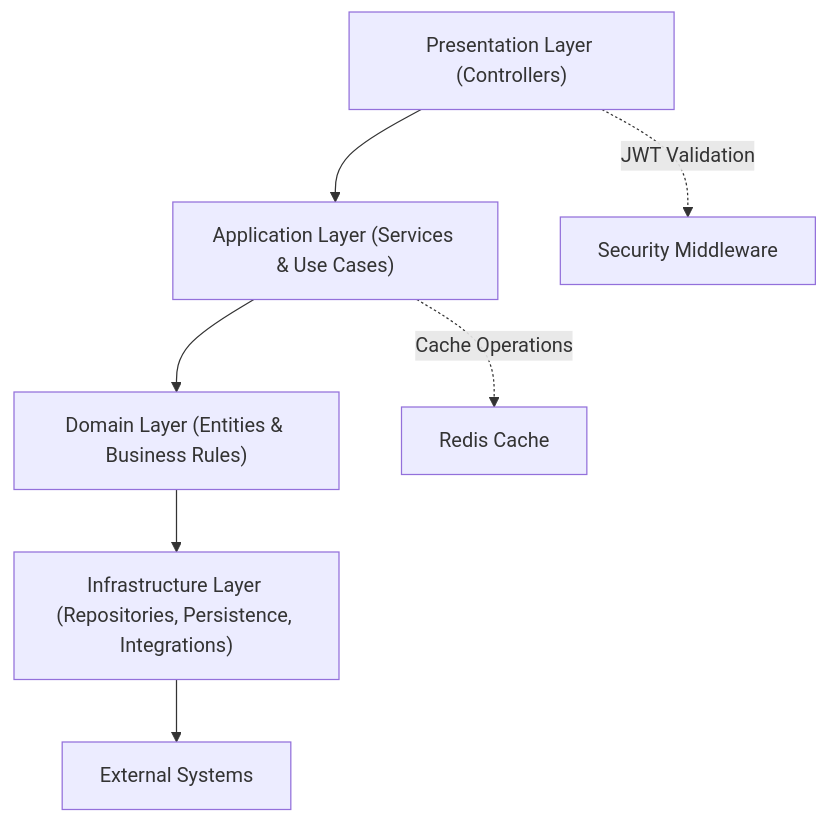
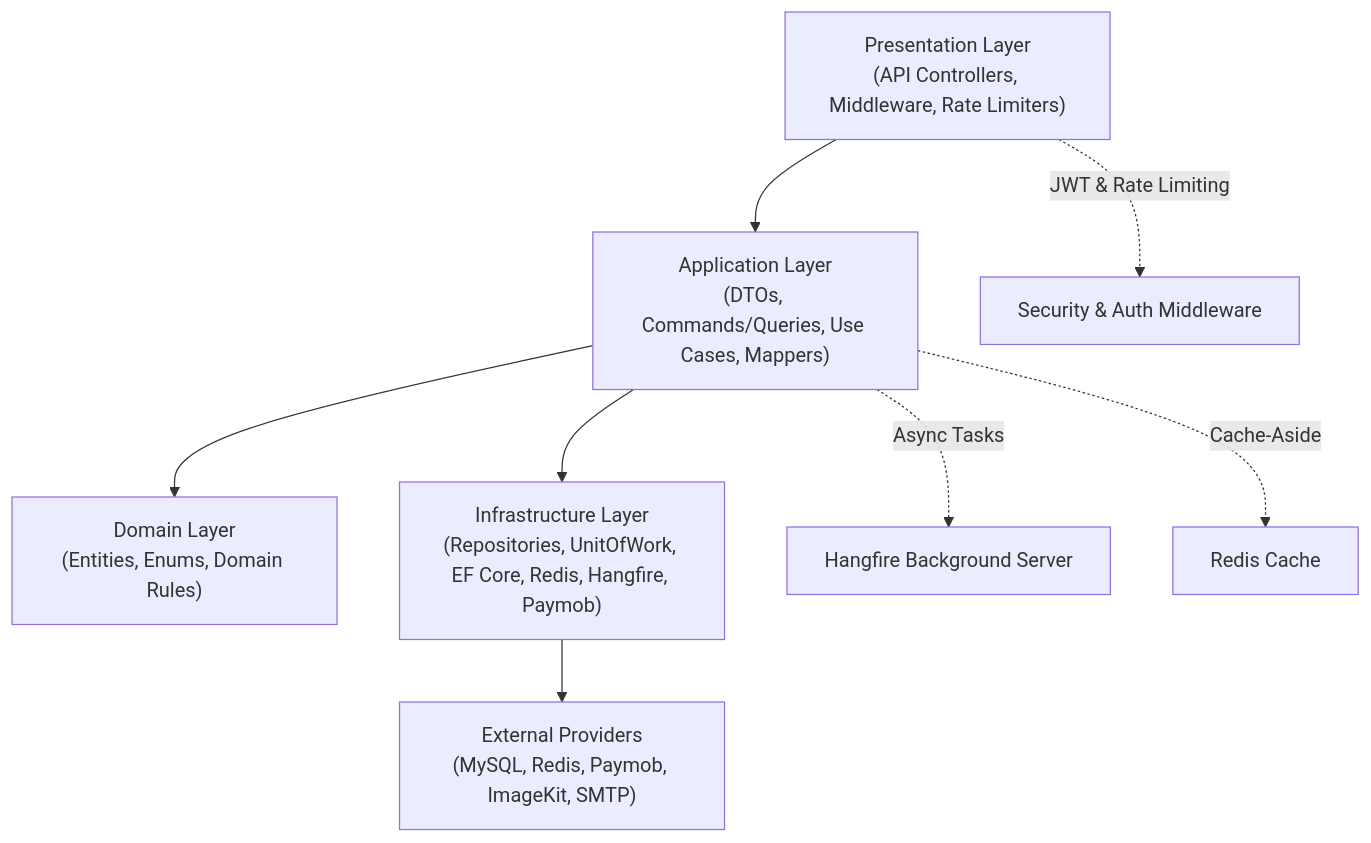
The diagram in README.md (omargamal1121/E-Commerce-API-V1), drawn with Mermaid before and after one commit. The commit also changed other lines of this file, not shown here.

Commit message:
docs: enrich README with .NET 9, Hangfire, concurrency locks, promo code engine, and testing docs

````diff
--- a/README.md
+++ b/README.md
@@ -67,9 +67,10 @@
 ```mermaid
 graph TD
-    PresentationLayer["Presentation Layer (Controllers)"] --> ApplicationLayer["Application Layer (Services & Use Cases)"]
-    ApplicationLayer --> DomainLayer["Domain Layer (Entities & Business Rules)"]
-    DomainLayer --> InfrastructureLayer["Infrastructure Layer (Repositories, Persistence, Integrations)"]
-    InfrastructureLayer --> ExternalSystems["External Systems"]
-    PresentationLayer -.->|JWT Validation| SecurityMiddleware["Security Middleware"]
-    ApplicationLayer -.->|Cache Operations| RedisCache["Redis Cache"]
+    PresentationLayer["Presentation Layer\n(API Controllers, Middleware, Rate Limiters)"] --> ApplicationLayer["Application Layer\n(DTOs, Commands/Queries, Use Cases, Mappers)"]
+    ApplicationLayer --> DomainLayer["Domain Layer\n(Entities, Enums, Domain Rules)"]
+    ApplicationLayer --> InfrastructureLayer["Infrastructure Layer\n(Repositories, UnitOfWork, EF Core, Redis, Hangfire, Paymob)"]
+    InfrastructureLayer --> ExternalSystems["External Providers\n(MySQL, Redis, Paymob, ImageKit, SMTP)"]
+    PresentationLayer -.->|JWT & Rate Limiting| SecurityMiddleware["Security & Auth Middleware"]
+    ApplicationLayer -.->|Async Tasks| HangfireServer["Hangfire Background Server"]
+    ApplicationLayer -.->|Cache-Aside| RedisCache["Redis Cache"]
 ```
````
